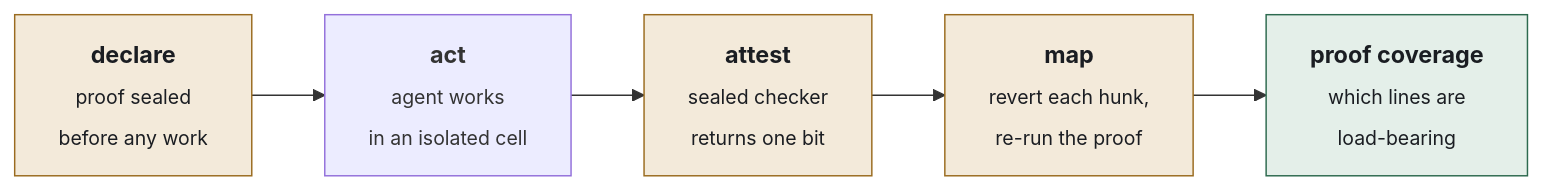
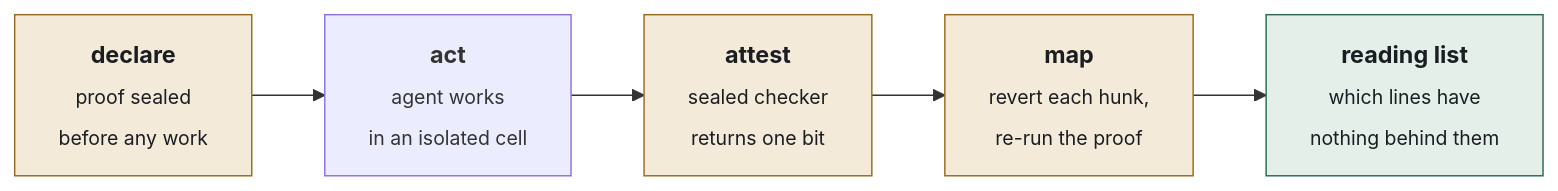
The first of 2 diagrams in README.md (angelnicolasc/Warrant), drawn with Mermaid before and after one commit. The commit also changed other lines of this file and 5 other files, not shown here.

````diff
--- a/README.md
+++ b/README.md
@@ -105,12 +139,12 @@
 ```mermaid
 flowchart LR
     A["<b>declare</b><br/><sub>proof sealed<br/>before any work</sub>"] --> B["<b>act</b><br/><sub>agent works<br/>in an isolated cell</sub>"]
     B --> C["<b>attest</b><br/><sub>sealed checker<br/>returns one bit</sub>"]
     C --> D["<b>map</b><br/><sub>revert each hunk,<br/>re-run the proof</sub>"]
-    D --> E["<b>proof coverage</b><br/><sub>which lines are<br/>load-bearing</sub>"]
+    D --> E["<b>reading list</b><br/><sub>which lines have<br/>nothing behind them</sub>"]
 
     style A fill:#F3EADA,stroke:#9A6B1F,color:#1A1D22
     style C fill:#F3EADA,stroke:#9A6B1F,color:#1A1D22
     style D fill:#F3EADA,stroke:#9A6B1F,color:#1A1D22
     style E fill:#E4EFE9,stroke:#2D6A4F,color:#1A1D22
 ```
````
